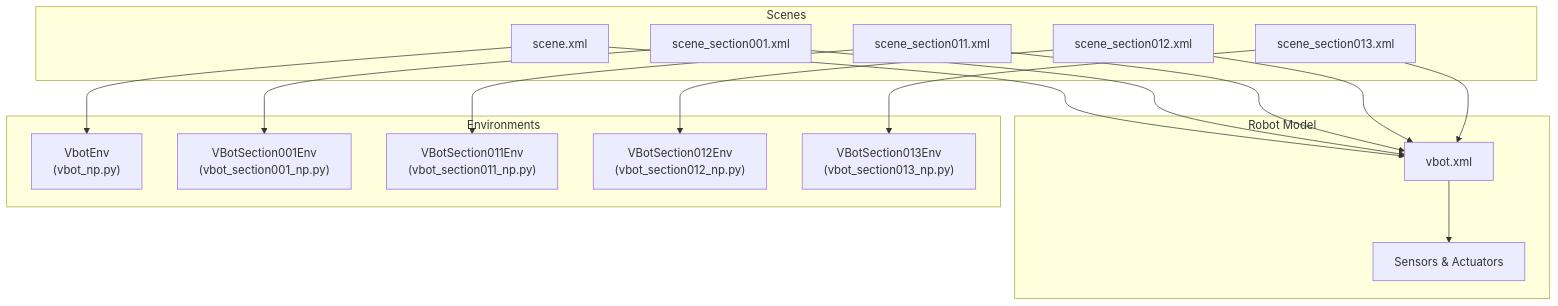
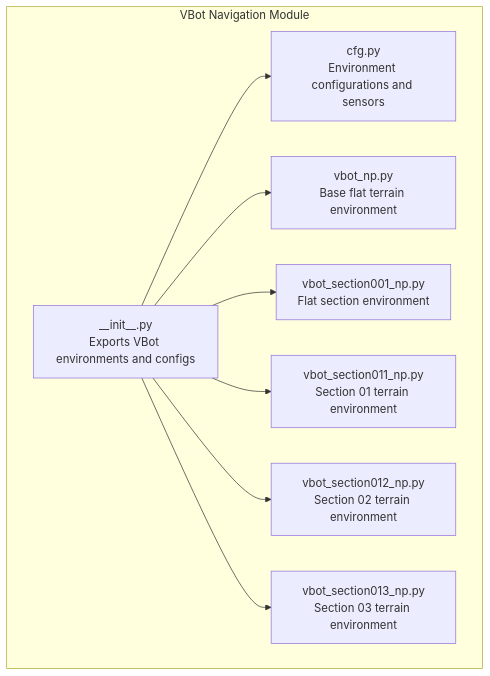
The first of 6 diagrams in .qoder/repowiki/en/content/Navigation Environments/VBot Navigation/VBot Navigation.md (jayjayhust/MotrixLab), drawn with Mermaid before and after one commit. The commit also changed other lines of this file and 15 other files, not shown here.

````diff
--- a/.qoder/repowiki/en/content/Navigation Environments/VBot Navigation/VBot Navigation.md
+++ b/.qoder/repowiki/en/content/Navigation Environments/VBot Navigation/VBot Navigation.md
@@ -41,32 +33,18 @@
 ```mermaid
 graph TB
-subgraph "Robot Model"
-VBotXML["vbot.xml"]
-Sensors["Sensors & Actuators"]
+subgraph "VBot Navigation Module"
+A["__init__.py<br/>Exports VBot environments and configs"]
+B["cfg.py<br/>Environment configurations and sensors"]
+C["vbot_np.py<br/>Base flat terrain environment"]
+D["vbot_section001_np.py<br/>Flat section environment"]
+E["vbot_section011_np.py<br/>Section 01 terrain environment"]
+F["vbot_section012_np.py<br/>Section 02 terrain environment"]
+G["vbot_section013_np.py<br/>Section 03 terrain environment"]
 end
-subgraph "Environments"
-FlatEnv["VbotEnv<br/>(vbot_np.py)"]
-Sec001["VBotSection001Env<br/>(vbot_section001_np.py)"]
-Sec011["VBotSection011Env<br/>(vbot_section011_np.py)"]
-Sec012["VBotSection012Env<br/>(vbot_section012_np.py)"]
-Sec013["VBotSection013Env<br/>(vbot_section013_np.py)"]
-end
-subgraph "Scenes"
-SceneFlat["scene.xml"]
-SceneSec001["scene_section001.xml"]
-SceneSec011["scene_section011.xml"]
-SceneSec012["scene_section012.xml"]
-SceneSec013["scene_section013.xml"]
-end
-VBotXML --> Sensors
-SceneFlat --> VBotXML
-SceneSec001 --> VBotXML
-SceneSec011 --> VBotXML
-SceneSec012 --> VBotXML
-SceneSec013 --> VBotXML
-SceneFlat --> FlatEnv
-SceneSec001 --> Sec001
-SceneSec011 --> Sec011
-SceneSec012 --> Sec012
-SceneSec013 --> Sec013
+A --> B
+A --> C
+A --> D
+A --> E
+A --> F
+A --> G
 ```
````
